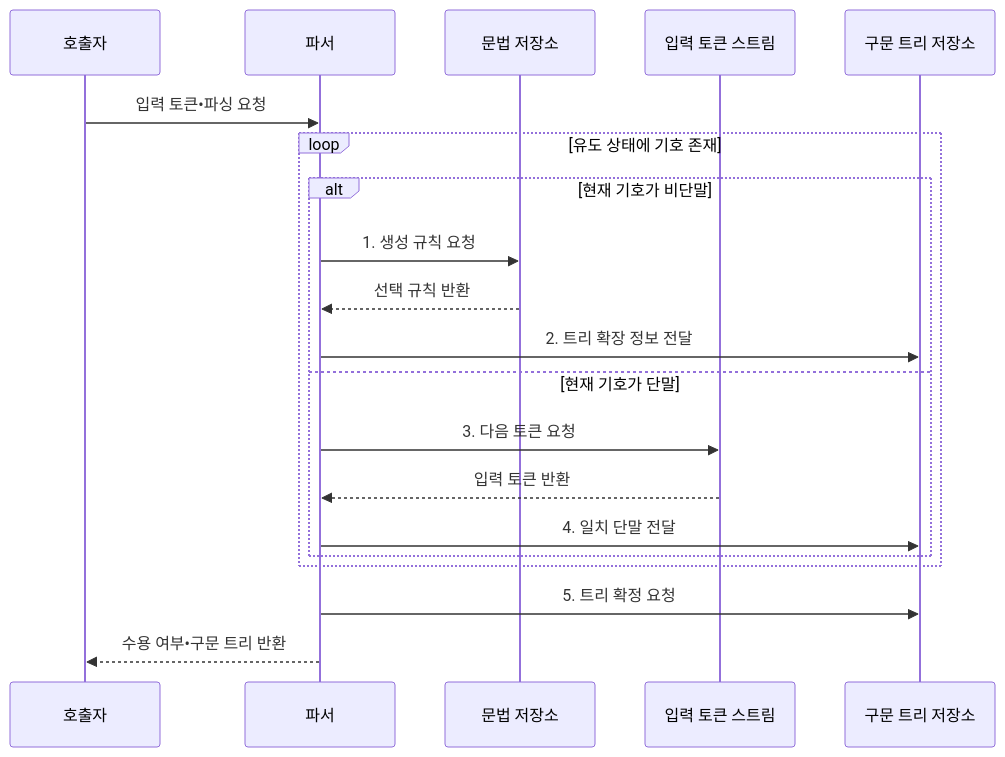
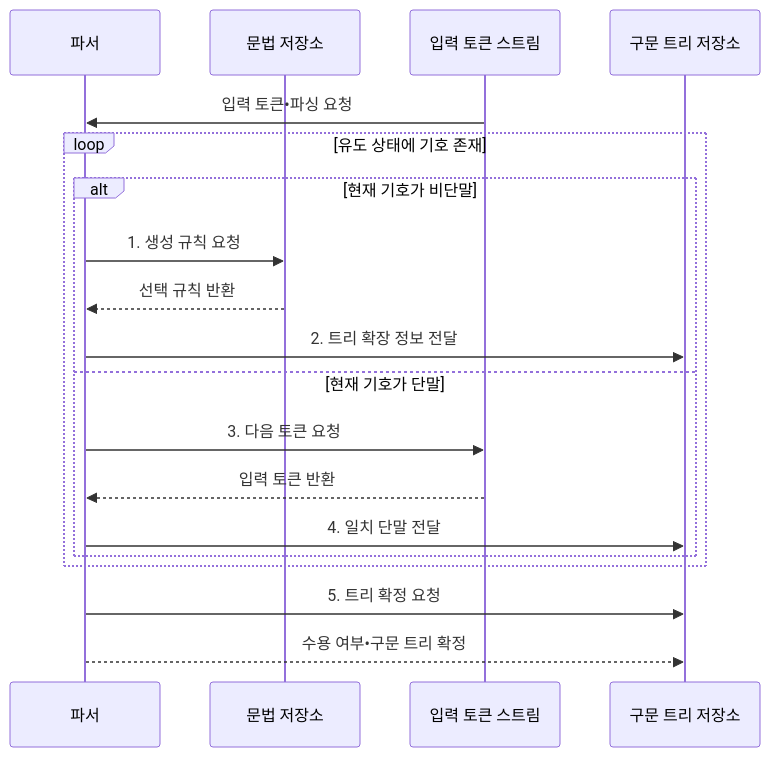
The second of 2 diagrams in src/content/docs/notes/01-basic-theory/021_context_free_grammar.md (agnusdei1207/knowledge-base), drawn with Mermaid before and after one commit. The commit also changed 3 other files, not shown here.

Commit message:
Trim nonessential flow endpoints

````diff
--- a/src/content/docs/notes/01-basic-theory/021_context_free_grammar.md
+++ b/src/content/docs/notes/01-basic-theory/021_context_free_grammar.md
@@ -97,22 +97,21 @@
 ```mermaid
 sequenceDiagram
-    participant Q as 호출자
     participant P as 파서
     participant G as 문법 저장소
     participant I as 입력 토큰 스트림
     participant T as 구문 트리 저장소
-    Q->>P: 입력 토큰•파싱 요청
+    I->>P: 입력 토큰•파싱 요청
     loop 유도 상태에 기호 존재
         alt 현재 기호가 비단말
             P->>G: 1. 생성 규칙 요청
             G-->>P: 선택 규칙 반환
             P->>T: 2. 트리 확장 정보 전달
         else 현재 기호가 단말
             P->>I: 3. 다음 토큰 요청
             I-->>P: 입력 토큰 반환
             P->>T: 4. 일치 단말 전달
         end
     end
     P->>T: 5. 트리 확정 요청
-    P-->>Q: 수용 여부•구문 트리 반환
+    P-->>T: 수용 여부•구문 트리 확정
 ```
````
